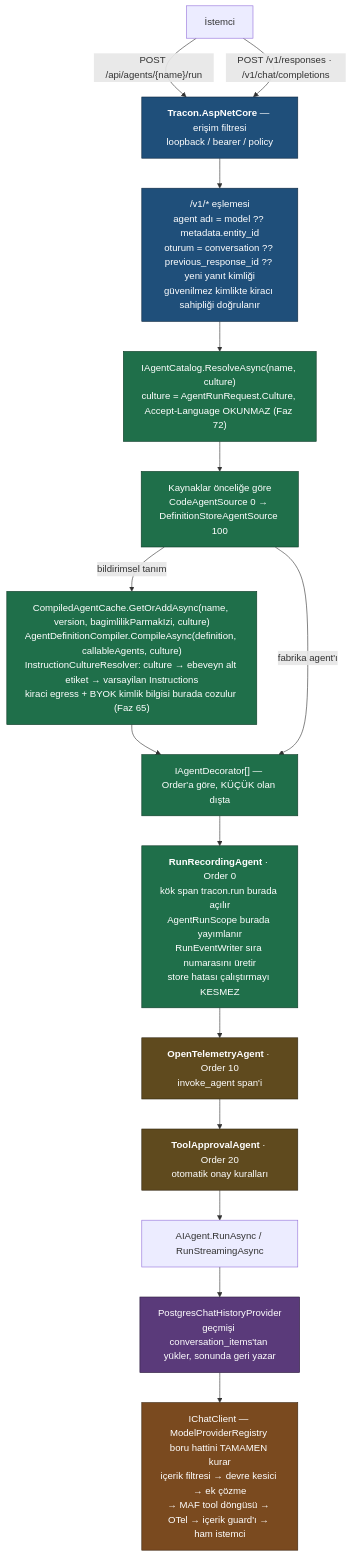
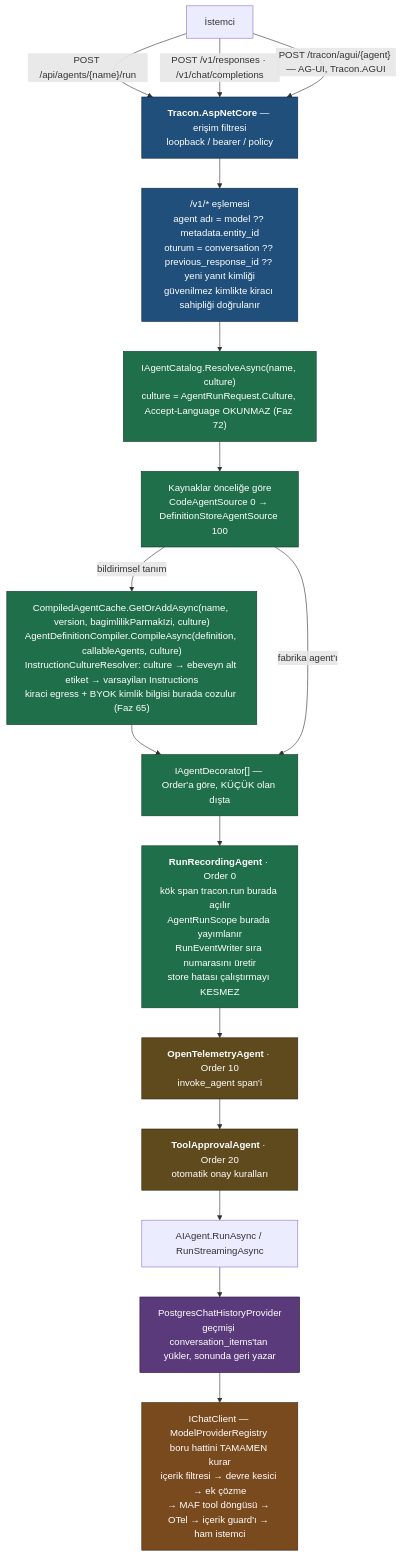
One commit to farukatasoy/Tracon changed the third of 7 diagrams in docs/MIMARI.md. Above: the diagram before and after it, drawn with Mermaid. The commit also changed other lines of this file and 30 other files, not shown here.

````diff
--- a/docs/MIMARI.md
+++ b/docs/MIMARI.md
@@ -246,35 +254,36 @@
 ```mermaid
 flowchart TD
     C["İstemci"]
     H["<b>Tracon.AspNetCore</b> — erişim filtresi<br/>loopback / bearer / policy"]
     V1["/v1/* eşlemesi<br/>agent adı = model ?? metadata.entity_id<br/>oturum = conversation ?? previous_response_id ?? yeni yanıt kimliği<br/>güvenilmez kimlikte kiracı sahipliği doğrulanır"]
     R["IAgentCatalog.ResolveAsync(name, culture)<br/>culture = AgentRunRequest.Culture, Accept-Language OKUNMAZ (Faz 72)"]
     SRC["Kaynaklar önceliğe göre<br/>CodeAgentSource 0 → DefinitionStoreAgentSource 100"]
     COMP["CompiledAgentCache.GetOrAddAsync(name, version, bagimlilikParmakIzi, culture)<br/>AgentDefinitionCompiler.CompileAsync(definition, callableAgents, culture)<br/>InstructionCultureResolver: culture → ebeveyn alt etiket → varsayilan Instructions<br/>kiraci egress + BYOK kimlik bilgisi burada cozulur (Faz 65)"]
     DEC["IAgentDecorator[] — Order'a göre, KÜÇÜK olan dışta"]
     REC["<b>RunRecordingAgent</b> · Order 0<br/>kök span tracon.run burada açılır<br/>AgentRunScope burada yayımlanır<br/>RunEventWriter sıra numarasını üretir<br/>store hatası çalıştırmayı KESMEZ"]
     OTEL["<b>OpenTelemetryAgent</b> · Order 10<br/>invoke_agent span'i"]
     APR["<b>ToolApprovalAgent</b> · Order 20<br/>otomatik onay kuralları"]
     RUN["AIAgent.RunAsync / RunStreamingAsync"]
     CHP["PostgresChatHistoryProvider<br/>geçmişi conversation_items'tan yükler, sonunda geri yazar"]
     LLM["IChatClient — ModelProviderRegistry boru hattini TAMAMEN kurar<br/>içerik filtresi → devre kesici → ek çözme<br/>→ MAF tool döngüsü → OTel → içerik guard'ı → ham istemci"]
 
     C -->|"POST /api/agents/{name}/run"| H
     C -->|"POST /v1/responses · /v1/chat/completions"| H
+    C -->|"POST /tracon/agui/{agent} — AG-UI, Tracon.AGUI"| H
     H --> V1 --> R --> SRC
     SRC -->|"bildirimsel tanım"| COMP --> DEC
     SRC -->|"fabrika agent'ı"| DEC
     DEC --> REC --> OTEL --> APR --> RUN
     RUN --> CHP --> LLM
 
     classDef faz4 fill:#1f4f7a,stroke:#0d2740,color:#ffffff
     classDef faz1 fill:#1f6f4a,stroke:#0d3b27,color:#ffffff
     classDef faz2 fill:#5a3a7a,stroke:#2c1c3d,color:#ffffff
     classDef faz3 fill:#7a4a1f,stroke:#3d250f,color:#ffffff
     class H,V1 faz4
     classDef faz6 fill:#5f4a1e,stroke:#302510,color:#ffffff
     class R,SRC,COMP,DEC,REC faz1
     class CHP faz2
     class LLM faz3
     class OTEL,APR faz6
 ```
````
